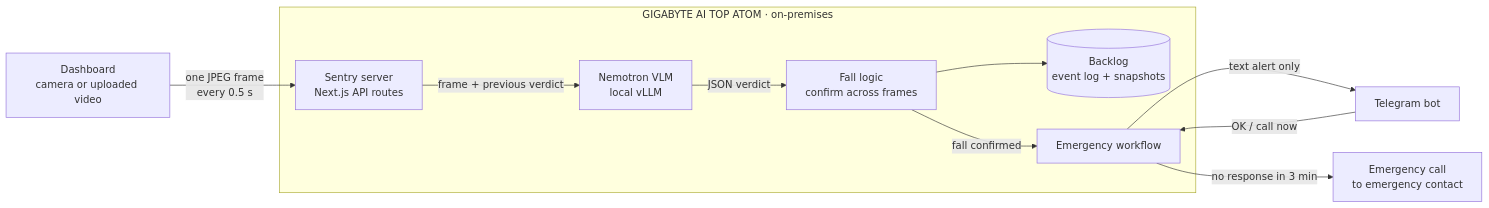
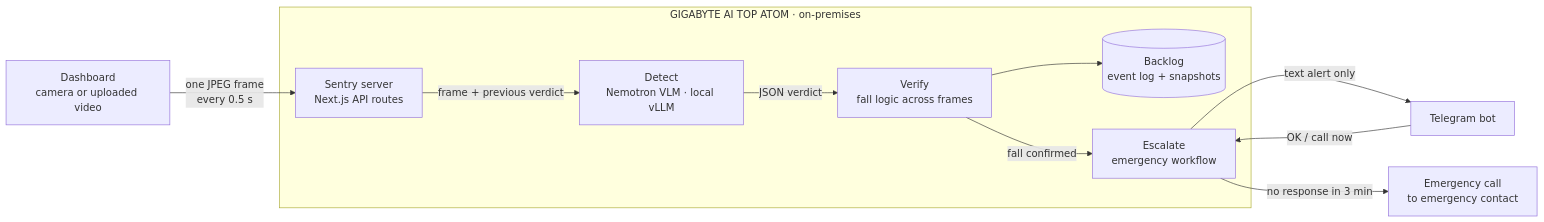
One commit to derek2403/sentry changed the second of 2 diagrams in README.md. Above: the diagram before and after it, drawn with Mermaid. The commit also changed other lines of this file, not shown here.

First line of the commit message:
docs: reframe README around the detect, verify and escalate agent pipeline (#1)

````diff
--- a/README.md
+++ b/README.md
@@ -78,15 +84,15 @@
 ```mermaid
 flowchart LR
     CAM["Dashboard<br/>camera or uploaded video"] -->|"one JPEG frame<br/>every 0.5 s"| API
 
     subgraph ATOM["GIGABYTE AI TOP ATOM · on-premises"]
-        API["Sentry server<br/>Next.js API routes"] -->|"frame + previous verdict"| NEM["Nemotron VLM<br/>local vLLM"]
-        NEM -->|"JSON verdict"| FALL["Fall logic<br/>confirm across frames"]
+        API["Sentry server<br/>Next.js API routes"] -->|"frame + previous verdict"| NEM["Detect<br/>Nemotron VLM · local vLLM"]
+        NEM -->|"JSON verdict"| FALL["Verify<br/>fall logic across frames"]
         FALL --> LOG[("Backlog<br/>event log + snapshots")]
-        FALL -->|"fall confirmed"| WF["Emergency workflow"]
+        FALL -->|"fall confirmed"| WF["Escalate<br/>emergency workflow"]
     end
 
     WF -->|text alert only| TG["Telegram bot"]
     TG -->|OK / call now| WF
     WF -->|no response in 3 min| CALL["Emergency call<br/>to emergency contact"]
 ```
````
